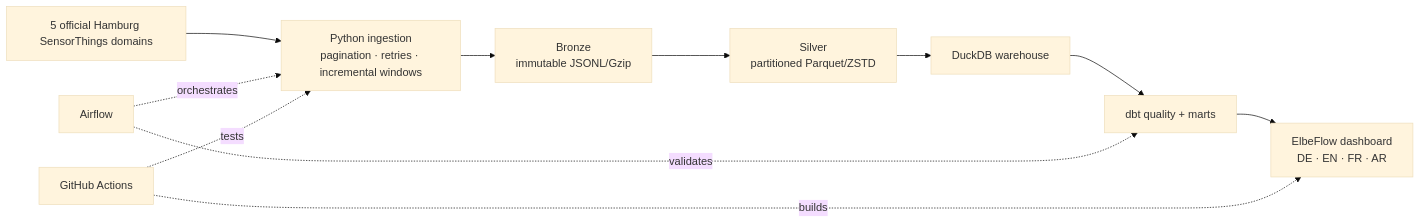
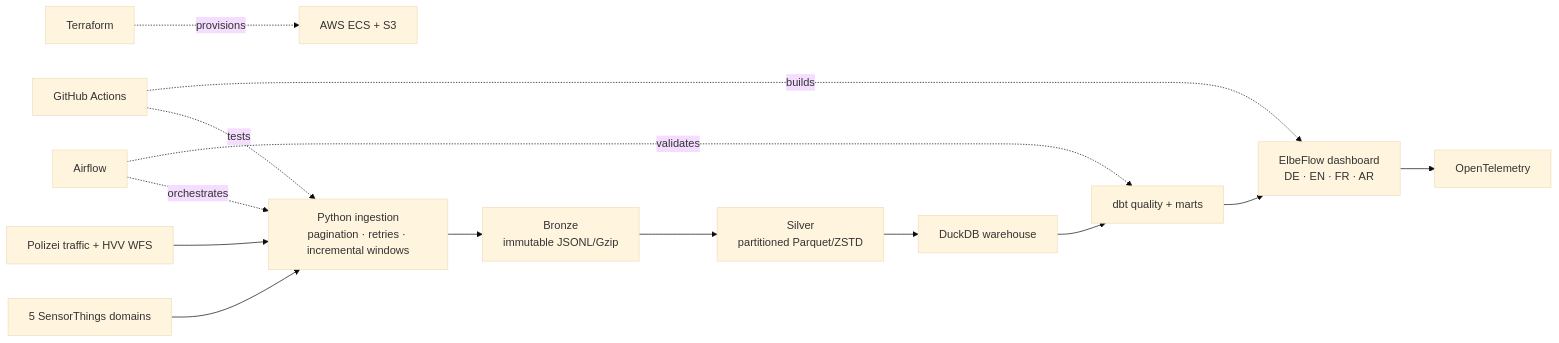
The diagram in README.md (wezdar/hamburg-urban-mobility-lakehouse), drawn with Mermaid (base theme) before and after one commit. The commit also changed other lines of this file and 35 other files, not shown here.

````diff
--- a/README.md
+++ b/README.md
@@ -157,13 +189,16 @@
 ```mermaid
 flowchart LR
-    API["5 official Hamburg SensorThings domains"] --> INGEST["Python ingestion<br/>pagination · retries · incremental windows"]
+    API["5 SensorThings domains"] --> INGEST["Python ingestion<br/>pagination · retries · incremental windows"]
+    WFS["Polizei traffic + HVV WFS"] --> INGEST
     INGEST --> BRONZE["Bronze<br/>immutable JSONL/Gzip"]
     BRONZE --> SILVER["Silver<br/>partitioned Parquet/ZSTD"]
     SILVER --> DUCK["DuckDB warehouse"]
     DUCK --> DBT["dbt quality + marts"]
     DBT --> UI["ElbeFlow dashboard<br/>DE · EN · FR · AR"]
+    UI --> OTEL["OpenTelemetry"]
+    TF["Terraform"] -. provisions .-> CLOUD["AWS ECS + S3"]
     AIRFLOW["Airflow"] -. orchestrates .-> INGEST
     AIRFLOW -. validates .-> DBT
     CI["GitHub Actions"] -. tests .-> INGEST
     CI -. builds .-> UI
 ```
````
